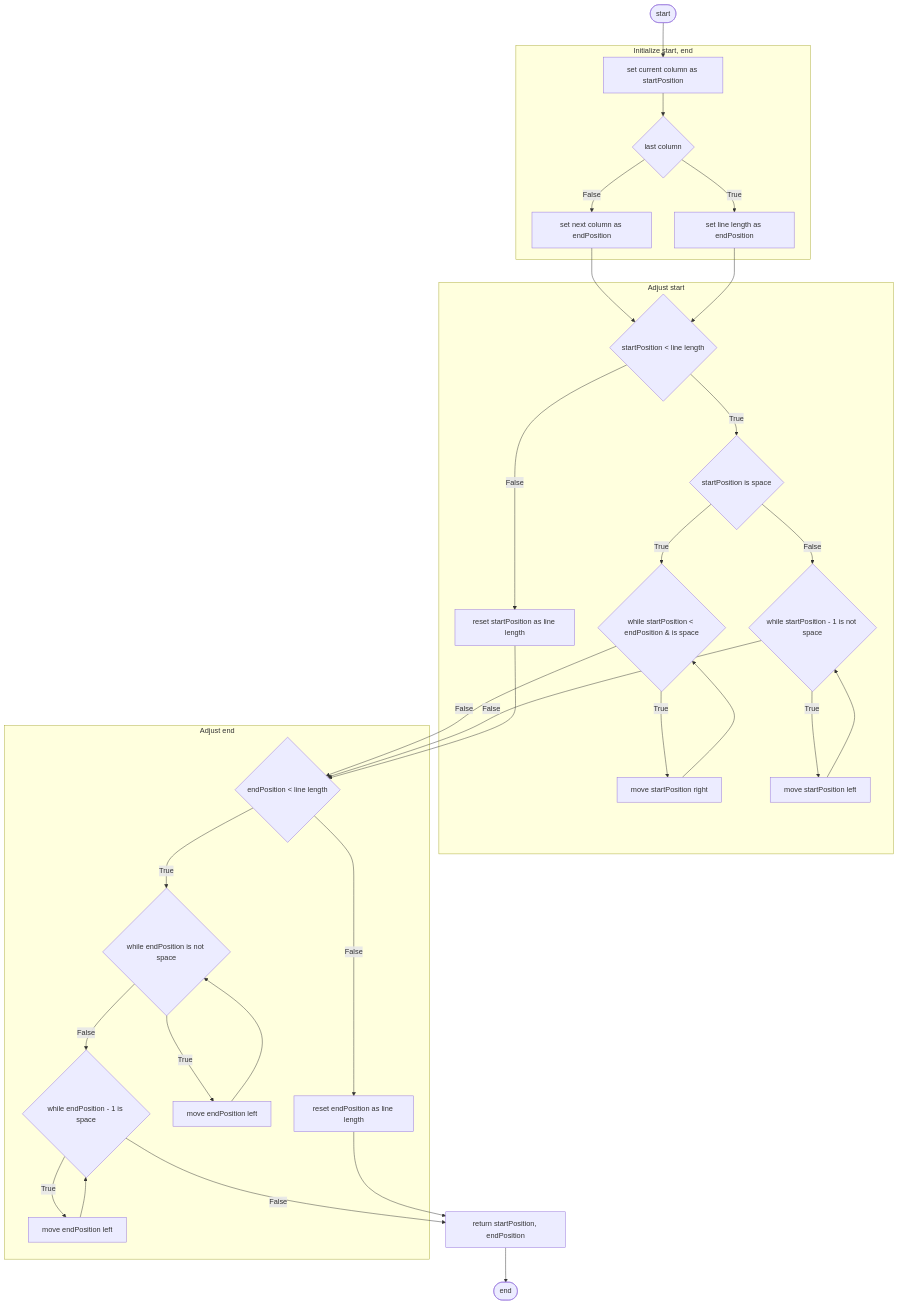
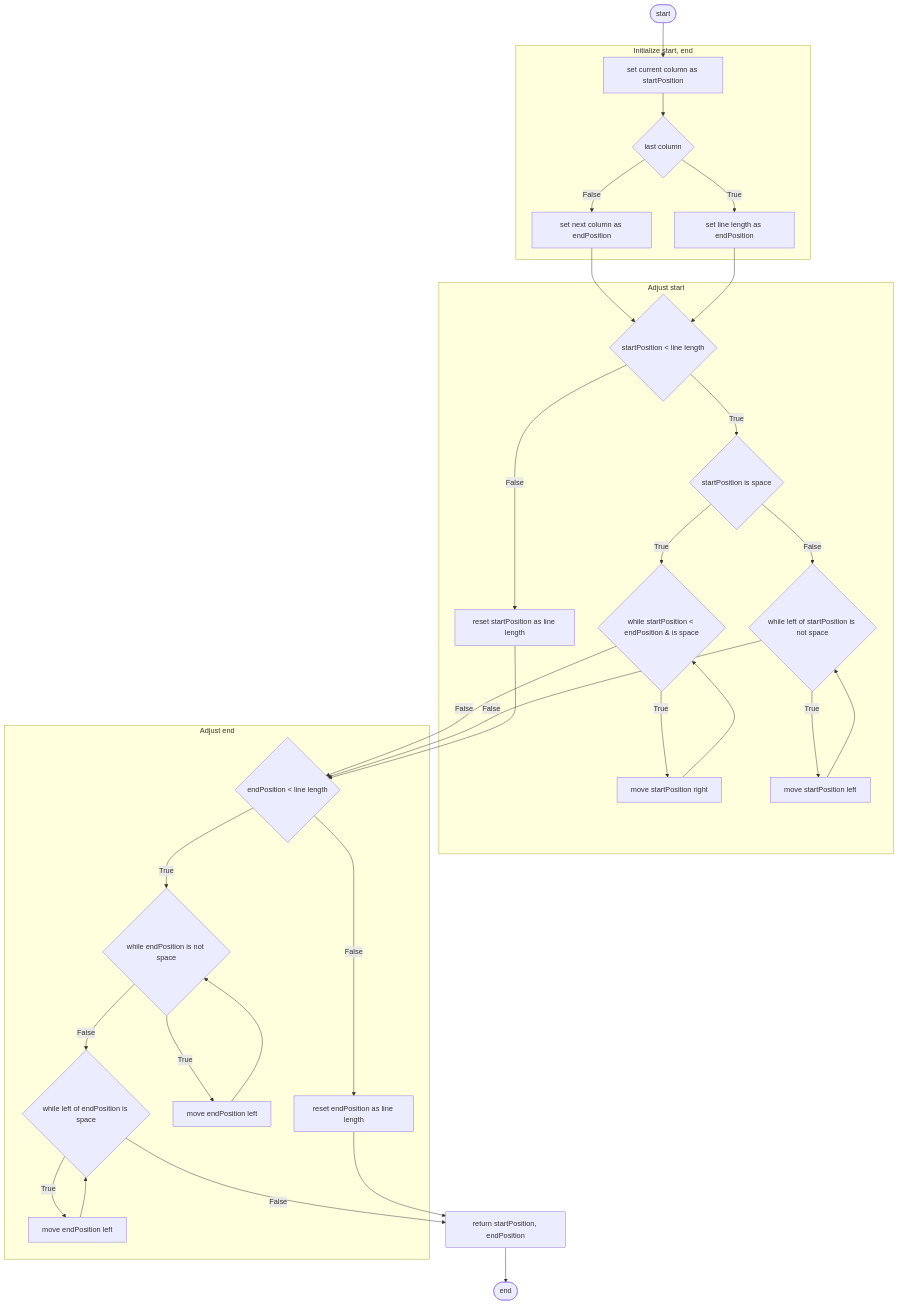
Before and after one commit to 7s4e/p3: the seventh of 7 diagrams in scripts/table/design.md, drawn with Mermaid. The commit also changed other lines of this file and 1 other file, not shown here.

````diff
--- a/scripts/table/design.md
+++ b/scripts/table/design.md
@@ -209,56 +233,56 @@
 ```mermaid
 flowchart TB
     STR([start])
         STR --> SETSTR
     subgraph init [Initialize start, end]
         SETSTR[set current column as startPosition]
             SETSTR --> LSTCOL
         LSTCOL{last column}
             LSTCOL -- False --> SETEND1
             LSTCOL -- True --> SETEND2
     end
         SETEND1[set next column as endPosition]
             SETEND1 --> STRINLINE
         SETEND2[set line length as endPosition]
             SETEND2 --> STRINLINE
     subgraph start [Adjust start]
         STRINLINE{startPosition < line length}
             STRINLINE -- True --> STRISSPCE
             STRINLINE -- False --> RESETSTR
         STRISSPCE{startPosition is space}
             STRISSPCE -- True --> STRWHL1
             STRISSPCE -- False --> STRWHL2
         MOVSTRRGT[move startPosition right]
             MOVSTRRGT --> STRWHL1
         MOVSTRLFT[move startPosition left]
             MOVSTRLFT --> STRWHL2
     end
         STRWHL1{while startPosition < endPosition & is space}
             STRWHL1 -- True --> MOVSTRRGT
             STRWHL1 -- False --> ENDINLINE
-        STRWHL2{while startPosition - 1 is not space}
+        STRWHL2{while left of startPosition is not space}
             STRWHL2 -- True --> MOVSTRLFT
             STRWHL2 -- False --> ENDINLINE
         RESETSTR[reset startPosition as line length]
             RESETSTR --> ENDINLINE
     subgraph end [Adjust end]
         ENDINLINE{endPosition < line length}
             ENDINLINE -- True --> ENDWHL1
             ENDINLINE -- False --> RESETEND
         ENDWHL1{while endPosition is not space}
             ENDWHL1 -- True --> MOVENDLFT1
             ENDWHL1 -- False --> ENDWHL2
         MOVENDLFT1[move endPosition left]
             MOVENDLFT1 --> ENDWHL1
         MOVENDLFT2[move endPosition left]
             MOVENDLFT2 --> ENDWHL2
     end
-        ENDWHL2{while endPosition - 1 is space}
+        ENDWHL2{while left of endPosition is space}
             ENDWHL2 -- True --> MOVENDLFT2
             ENDWHL2 -- False --> RTN
         RESETEND[reset endPosition as line length]
             RESETEND --> RTN
     RTN[return startPosition, endPosition]
         RTN --> END
     END([end])
 ```
````
